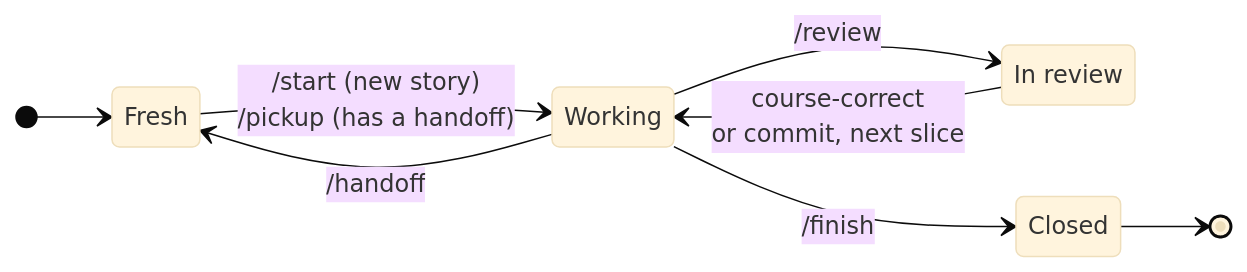
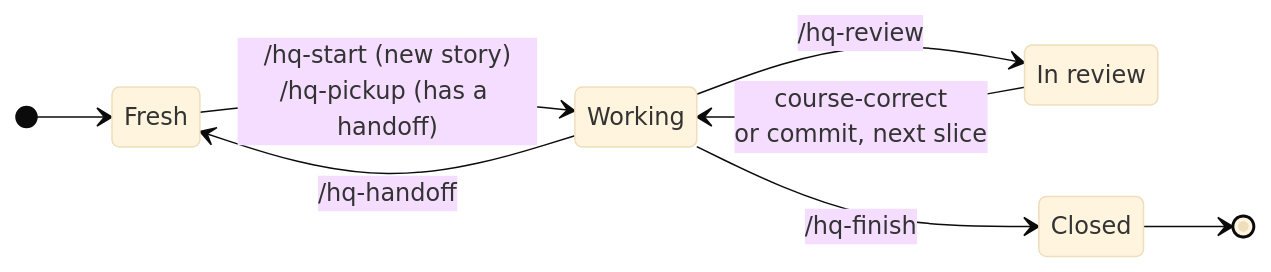
One commit to kate-hansen/headquarters changed the diagram in README.md. Above: the diagram before and after it, drawn with Mermaid (base theme). The commit also changed other lines of this file and 9 other files, not shown here.

````diff
--- a/README.md
+++ b/README.md
@@ -34,13 +41,13 @@
 ```mermaid
 stateDiagram-v2
     direction LR
     [*] --> Fresh
-    Fresh --> Working: /start (new story)<br/>/pickup (has a handoff)
-    Working --> Fresh: /handoff
-    Working --> InReview: /review
+    Fresh --> Working: /hq-start (new story)<br/>/hq-pickup (has a handoff)
+    Working --> Fresh: /hq-handoff
+    Working --> InReview: /hq-review
     InReview --> Working: course-correct<br/>or commit, next slice
-    Working --> Closed: /finish
+    Working --> Closed: /hq-finish
     Closed --> [*]
 
     InReview: In review
 ```
````
